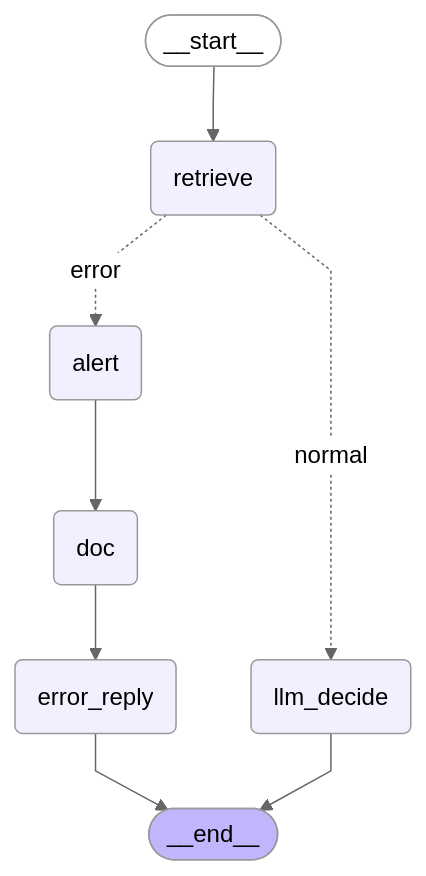
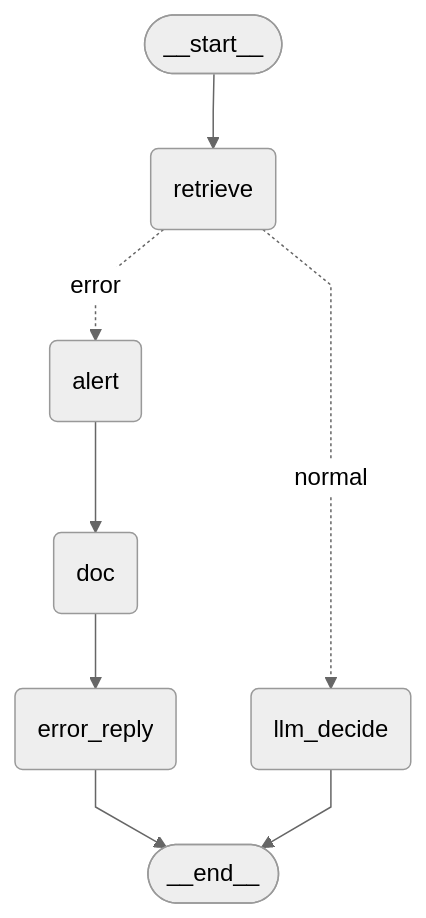
One commit to yu-zhengzheng/customer_support_agent changed the diagram in agent/graph.mmd. Above: the diagram before and after it, drawn with Mermaid (neutral theme). The commit also changed 1 other file, not shown here.

```diff
--- a/agent/graph.mmd
+++ b/agent/graph.mmd
@@ -1,23 +1,23 @@
 ---
 config:
   flowchart:
     curve: linear
 ---
 graph TD;
 	__start__([<p>__start__</p>]):::first
 	retrieve(retrieve)
 	llm_decide(llm_decide)
 	error_reply(error_reply)
 	alert(alert)
 	doc(doc)
 	__end__([<p>__end__</p>]):::last
 	__start__ --> retrieve;
 	alert --> doc;
 	doc --> error_reply;
 	retrieve -. &nbsp;error&nbsp; .-> alert;
 	retrieve -. &nbsp;normal&nbsp; .-> llm_decide;
 	error_reply --> __end__;
 	llm_decide --> __end__;
-	classDef default fill:#f2f0ff,line-height:1.2
-	classDef first fill-opacity:0
-	classDef last fill:#bfb6fc
+%%	classDef default fill:#f2f0ff,line-height:1.2
+%%	classDef first fill-opacity:0
+%%	classDef last fill:#bfb6fc
```
